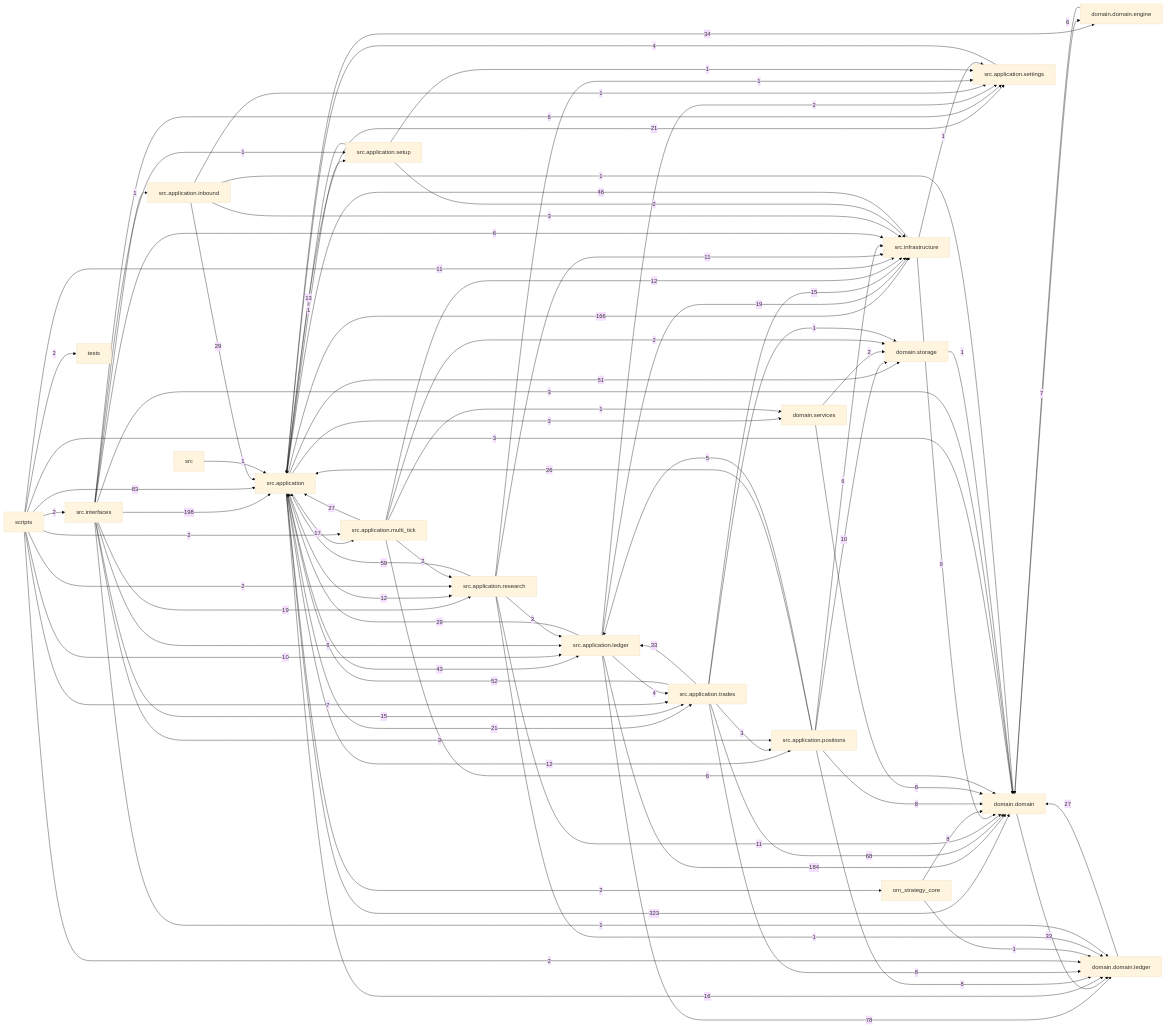
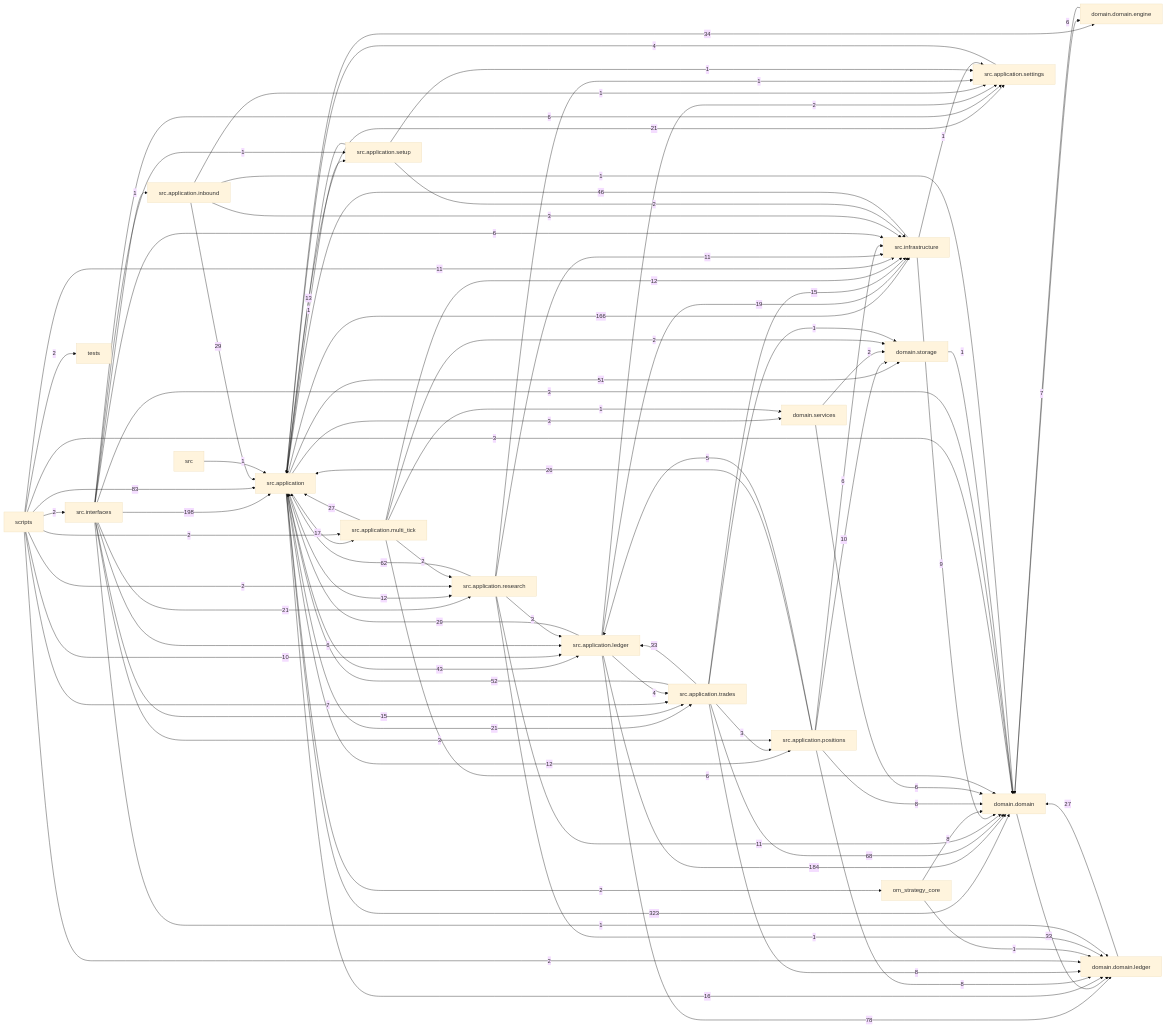
The diagram in docs/dependency_graph.mmd (liuxie066/options-monitor), drawn with Mermaid (base theme) before and after one commit. The commit also changed 8 other files, not shown here.

```diff
--- a/docs/dependency_graph.mmd
+++ b/docs/dependency_graph.mmd
@@ -1,88 +1,88 @@
 flowchart LR
   src_application["src.application"] -->|323| domain_domain["domain.domain"]
   src_interfaces["src.interfaces"] -->|198| src_application["src.application"]
   src_application_ledger["src.application.ledger"] -->|184| domain_domain["domain.domain"]
   src_application["src.application"] -->|166| src_infrastructure["src.infrastructure"]
   scripts["scripts"] -->|83| src_application["src.application"]
   src_application_ledger["src.application.ledger"] -->|78| domain_domain_ledger["domain.domain.ledger"]
   src_application_trades["src.application.trades"] -->|68| domain_domain["domain.domain"]
-  src_application_research["src.application.research"] -->|59| src_application["src.application"]
+  src_application_research["src.application.research"] -->|62| src_application["src.application"]
   src_application_trades["src.application.trades"] -->|52| src_application["src.application"]
   src_application["src.application"] -->|51| domain_storage["domain.storage"]
   src_infrastructure["src.infrastructure"] -->|46| src_application["src.application"]
   src_application["src.application"] -->|43| src_application_ledger["src.application.ledger"]
   src_application["src.application"] -->|34| domain_domain_engine["domain.domain.engine"]
   domain_domain["domain.domain"] -->|33| domain_domain_ledger["domain.domain.ledger"]
   src_application_trades["src.application.trades"] -->|33| src_application_ledger["src.application.ledger"]
   src_application_inbound["src.application.inbound"] -->|29| src_application["src.application"]
   src_application_ledger["src.application.ledger"] -->|29| src_application["src.application"]
   domain_domain_ledger["domain.domain.ledger"] -->|27| domain_domain["domain.domain"]
   src_application_multi_tick["src.application.multi_tick"] -->|27| src_application["src.application"]
   src_application_positions["src.application.positions"] -->|26| src_application["src.application"]
   src_application["src.application"] -->|21| src_application_settings["src.application.settings"]
   src_application["src.application"] -->|21| src_application_trades["src.application.trades"]
+  src_interfaces["src.interfaces"] -->|21| src_application_research["src.application.research"]
   src_application_ledger["src.application.ledger"] -->|19| src_infrastructure["src.infrastructure"]
-  src_interfaces["src.interfaces"] -->|19| src_application_research["src.application.research"]
   src_application["src.application"] -->|17| src_application_multi_tick["src.application.multi_tick"]
   src_application["src.application"] -->|16| domain_domain_ledger["domain.domain.ledger"]
   src_application_trades["src.application.trades"] -->|15| src_infrastructure["src.infrastructure"]
   src_interfaces["src.interfaces"] -->|15| src_application_trades["src.application.trades"]
   src_application_setup["src.application.setup"] -->|13| src_application["src.application"]
   src_application["src.application"] -->|12| src_application_positions["src.application.positions"]
   src_application["src.application"] -->|12| src_application_research["src.application.research"]
   src_application_multi_tick["src.application.multi_tick"] -->|12| src_infrastructure["src.infrastructure"]
   scripts["scripts"] -->|11| src_infrastructure["src.infrastructure"]
   src_application_research["src.application.research"] -->|11| domain_domain["domain.domain"]
   src_application_research["src.application.research"] -->|11| src_infrastructure["src.infrastructure"]
   scripts["scripts"] -->|10| src_application_ledger["src.application.ledger"]
   src_application_positions["src.application.positions"] -->|10| domain_storage["domain.storage"]
   src_infrastructure["src.infrastructure"] -->|9| domain_domain["domain.domain"]
   om_strategy_core["om_strategy_core"] -->|8| domain_domain["domain.domain"]
   src_application_positions["src.application.positions"] -->|8| domain_domain["domain.domain"]
   src_application_positions["src.application.positions"] -->|8| domain_domain_ledger["domain.domain.ledger"]
   src_application_trades["src.application.trades"] -->|8| domain_domain_ledger["domain.domain.ledger"]
   domain_domain_engine["domain.domain.engine"] -->|7| domain_domain["domain.domain"]
   scripts["scripts"] -->|7| src_application_trades["src.application.trades"]
   domain_domain["domain.domain"] -->|6| domain_domain_engine["domain.domain.engine"]
   domain_services["domain.services"] -->|6| domain_domain["domain.domain"]
   src_application_multi_tick["src.application.multi_tick"] -->|6| domain_domain["domain.domain"]
   src_application_positions["src.application.positions"] -->|6| src_infrastructure["src.infrastructure"]
   src_interfaces["src.interfaces"] -->|6| src_application_ledger["src.application.ledger"]
   src_interfaces["src.interfaces"] -->|6| src_application_settings["src.application.settings"]
   src_interfaces["src.interfaces"] -->|6| src_infrastructure["src.infrastructure"]
   src_application_positions["src.application.positions"] -->|5| src_application_ledger["src.application.ledger"]
   src_application_ledger["src.application.ledger"] -->|4| src_application_trades["src.application.trades"]
   src_application_settings["src.application.settings"] -->|4| src_application["src.application"]
   scripts["scripts"] -->|3| domain_domain["domain.domain"]
   src_application["src.application"] -->|3| domain_services["domain.services"]
   src_application_inbound["src.application.inbound"] -->|3| src_infrastructure["src.infrastructure"]
   src_application_research["src.application.research"] -->|3| src_application_ledger["src.application.ledger"]
   src_application_trades["src.application.trades"] -->|3| src_application_positions["src.application.positions"]
   src_interfaces["src.interfaces"] -->|3| domain_domain["domain.domain"]
   src_interfaces["src.interfaces"] -->|3| src_application_positions["src.application.positions"]
   domain_services["domain.services"] -->|2| domain_storage["domain.storage"]
   scripts["scripts"] -->|2| domain_domain_ledger["domain.domain.ledger"]
   scripts["scripts"] -->|2| src_application_multi_tick["src.application.multi_tick"]
   scripts["scripts"] -->|2| src_application_research["src.application.research"]
   scripts["scripts"] -->|2| src_interfaces["src.interfaces"]
   scripts["scripts"] -->|2| tests["tests"]
   src_application["src.application"] -->|2| om_strategy_core["om_strategy_core"]
   src_application_ledger["src.application.ledger"] -->|2| src_application_settings["src.application.settings"]
   src_application_multi_tick["src.application.multi_tick"] -->|2| domain_storage["domain.storage"]
   src_application_multi_tick["src.application.multi_tick"] -->|2| src_application_research["src.application.research"]
   src_application_setup["src.application.setup"] -->|2| src_infrastructure["src.infrastructure"]
   domain_storage["domain.storage"] -->|1| domain_domain["domain.domain"]
   om_strategy_core["om_strategy_core"] -->|1| domain_domain_ledger["domain.domain.ledger"]
   src["src"] -->|1| src_application["src.application"]
   src_application["src.application"] -->|1| src_application_setup["src.application.setup"]
   src_application_inbound["src.application.inbound"] -->|1| domain_domain["domain.domain"]
   src_application_inbound["src.application.inbound"] -->|1| src_application_settings["src.application.settings"]
   src_application_multi_tick["src.application.multi_tick"] -->|1| domain_services["domain.services"]
   src_application_research["src.application.research"] -->|1| domain_domain_ledger["domain.domain.ledger"]
   src_application_research["src.application.research"] -->|1| src_application_settings["src.application.settings"]
   src_application_setup["src.application.setup"] -->|1| src_application_settings["src.application.settings"]
   src_application_trades["src.application.trades"] -->|1| domain_storage["domain.storage"]
   src_infrastructure["src.infrastructure"] -->|1| src_application_settings["src.application.settings"]
   src_interfaces["src.interfaces"] -->|1| domain_domain_ledger["domain.domain.ledger"]
   src_interfaces["src.interfaces"] -->|1| src_application_inbound["src.application.inbound"]
   src_interfaces["src.interfaces"] -->|1| src_application_setup["src.application.setup"]
```
